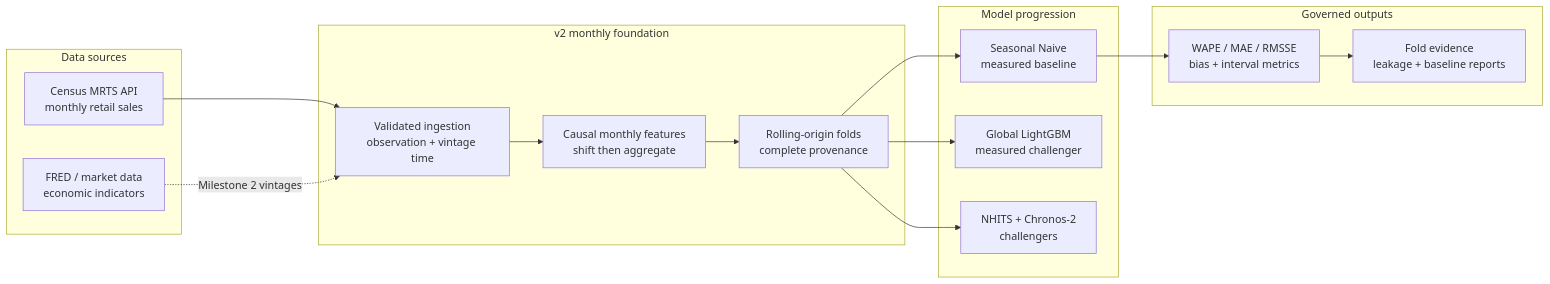
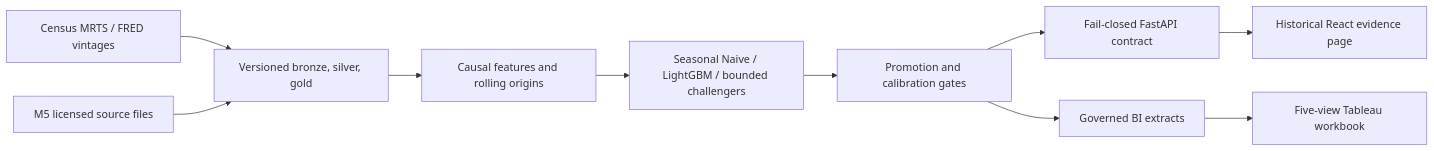
Before and after one commit to oleeveeuh/retailPRED: the diagram in README.md, drawn with Mermaid. The commit also changed other lines of this file and 23 other files, not shown here.

````diff
--- a/README.md
+++ b/README.md
@@ -38,32 +53,12 @@
 ```mermaid
 flowchart LR
-    subgraph data [Data sources]
-        MRTS[Census MRTS API<br/>monthly retail sales]
-        FRED[FRED / market data<br/>economic indicators]
-    end
-
-    subgraph foundation [v2 monthly foundation]
-        INGEST[Validated ingestion<br/>observation + vintage time]
-        FEATURES[Causal monthly features<br/>shift then aggregate]
-        BACKTEST[Rolling-origin folds<br/>complete provenance]
-    end
-
-    subgraph models [Model progression]
-        SNAIVE[Seasonal Naive<br/>measured baseline]
-        LGBM[Global LightGBM<br/>measured challenger]
-        MODERN[NHITS + Chronos-2<br/>challengers]
-    end
-
-    subgraph evidence [Governed outputs]
-        METRICS[WAPE / MAE / RMSSE<br/>bias + interval metrics]
-        REPORTS[Fold evidence<br/>leakage + baseline reports]
-    end
-
-    MRTS --> INGEST
-    FRED -. Milestone 2 vintages .-> INGEST
-    INGEST --> FEATURES --> BACKTEST
-    BACKTEST --> SNAIVE --> METRICS
-    BACKTEST --> LGBM
-    BACKTEST --> MODERN
-    METRICS --> REPORTS
+    A[Census MRTS / FRED vintages] --> B[Versioned bronze, silver, gold]
+    M[M5 licensed source files] --> B
+    B --> C[Causal features and rolling origins]
+    C --> D[Seasonal Naive / LightGBM / bounded challengers]
+    D --> E[Promotion and calibration gates]
+    E --> F[Fail-closed FastAPI contract]
+    E --> G[Governed BI extracts]
+    F --> H[Historical React evidence page]
+    G --> I[Five-view Tableau workbook]
 ```
````
